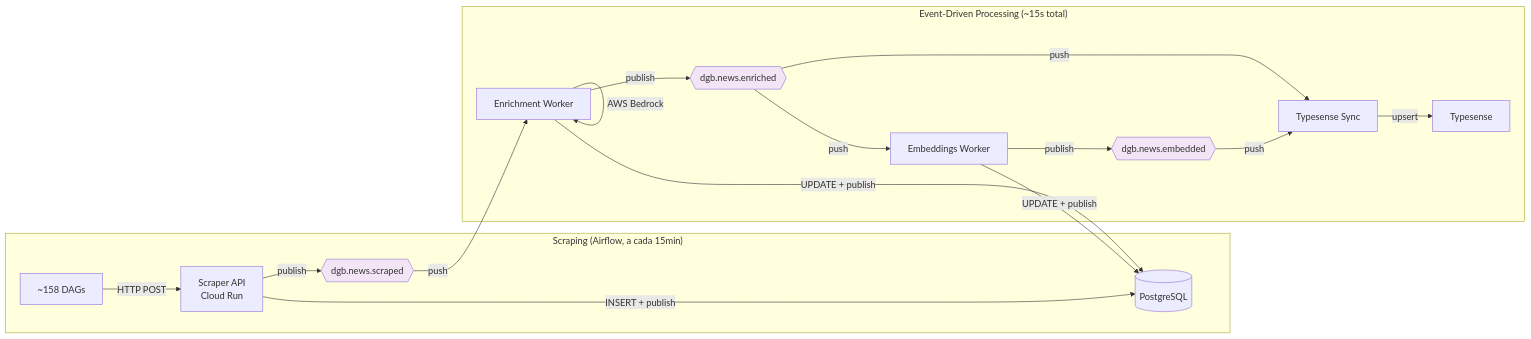
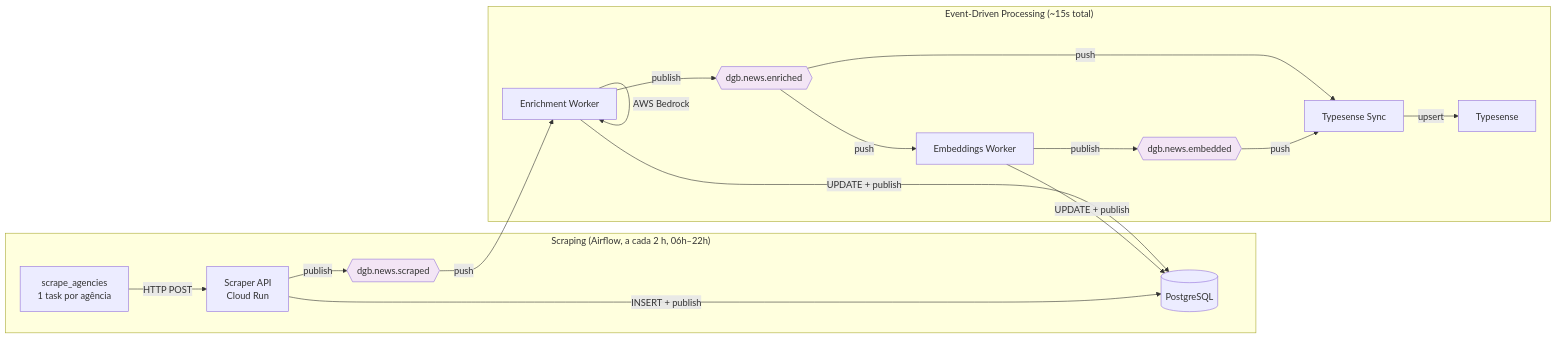
The first of 2 diagrams in docs/workflows/scraper-pipeline.md (destaquesgovbr/docs), drawn with Mermaid before and after one commit. The commit also changed other lines of this file and 8 other files, not shown here.

First line of the commit message:
docs: orquestração no Airflow próprio da VM e scraping numa DAG a cada 2 h (#57)

````diff
--- a/docs/workflows/scraper-pipeline.md
+++ b/docs/workflows/scraper-pipeline.md
@@ -17,27 +17,27 @@
 ```mermaid
 flowchart LR
-    subgraph "Scraping (Airflow, a cada 15min)"
-        DAG[~158 DAGs] -->|HTTP POST| API[Scraper API<br/>Cloud Run]
+    subgraph "Scraping (Airflow, a cada 2 h, 06h–22h)"
+        DAG[scrape_agencies<br/>1 task por agência] -->|HTTP POST| API[Scraper API<br/>Cloud Run]
         API -->|INSERT + publish| PG[(PostgreSQL)]
         API -->|publish| PS1{{dgb.news.scraped}}
     end
 
     subgraph "Event-Driven Processing (~15s total)"
         PS1 -->|push| EW[Enrichment Worker]
         EW -->|AWS Bedrock| EW
         EW -->|UPDATE + publish| PG
         EW -->|publish| PS2{{dgb.news.enriched}}
         
         PS2 -->|push| EAPI[Embeddings Worker]
         EAPI -->|UPDATE + publish| PG
         EAPI -->|publish| PS3{{dgb.news.embedded}}
         
         PS2 -->|push| TSW[Typesense Sync]
         PS3 -->|push| TSW
         TSW -->|upsert| TS[Typesense]
     end
 
     style PS1 fill:#f3e5f5
     style PS2 fill:#f3e5f5
     style PS3 fill:#f3e5f5
 ```
````
